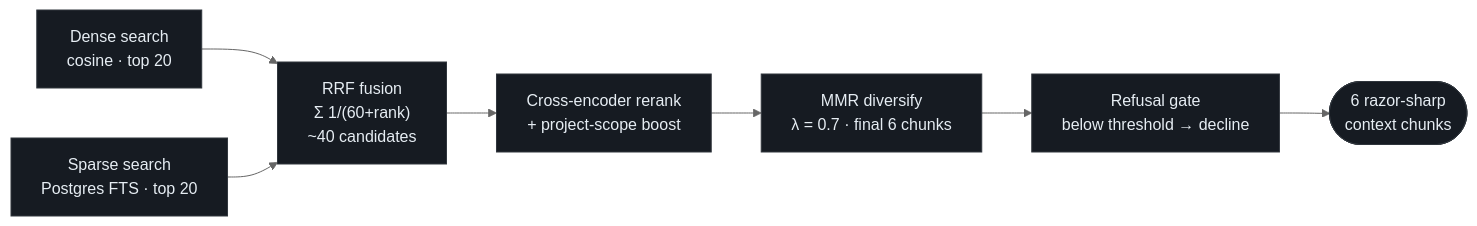
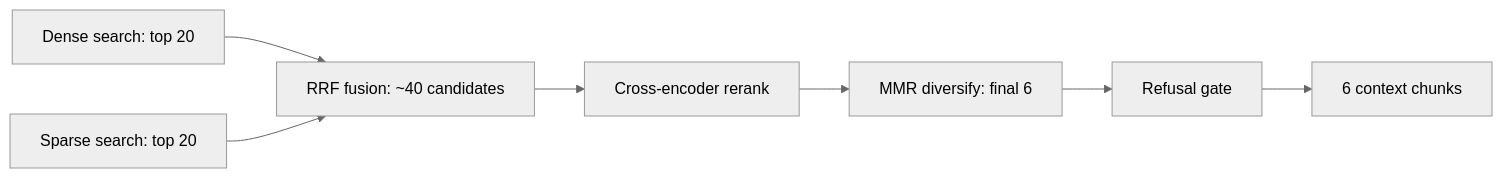
One commit to AnuragRoque/Enterprise-RAG-Platform changed the second of 3 diagrams in README.md. Above: the diagram before and after it, drawn with Mermaid (neutral theme). The commit also changed other lines of this file and 3 other files, not shown here.

Commit message:
docs: finalize README, add architecture overview PDF & screenshots

````diff
--- a/README.md
+++ b/README.md
@@ -103,13 +87,9 @@
 ```mermaid
 flowchart LR
-    classDef s fill:#161b22,stroke:#30363d,color:#e6edf3
-
-    A["Dense search<br/>cosine · top 20"] --> C["RRF fusion<br/>Σ 1/(60+rank)<br/>~40 candidates"]
-    B["Sparse search<br/>Postgres FTS · top 20"] --> C
-    C --> D["Cross-encoder rerank<br/>+ project-scope boost"]
-    D --> E["MMR diversify<br/>λ = 0.7 · final 6 chunks"]
-    E --> F["Refusal gate<br/>below threshold → decline"]
-    F --> G(["6 razor-sharp<br/>context chunks"])
-
-    class A,B,C,D,E,F,G s
+    A[Dense search: top 20] --> C[RRF fusion: ~40 candidates]
+    B[Sparse search: top 20] --> C
+    C --> D[Cross-encoder rerank]
+    D --> E[MMR diversify: final 6]
+    E --> F[Refusal gate]
+    F --> G[6 context chunks]
 ```
````
